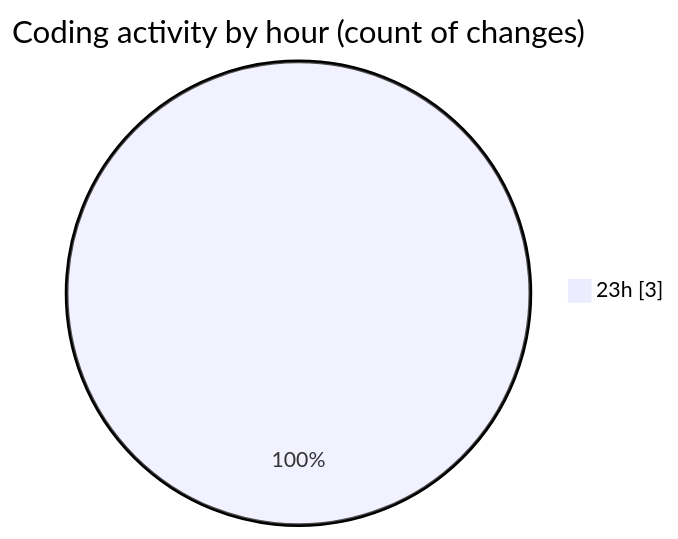
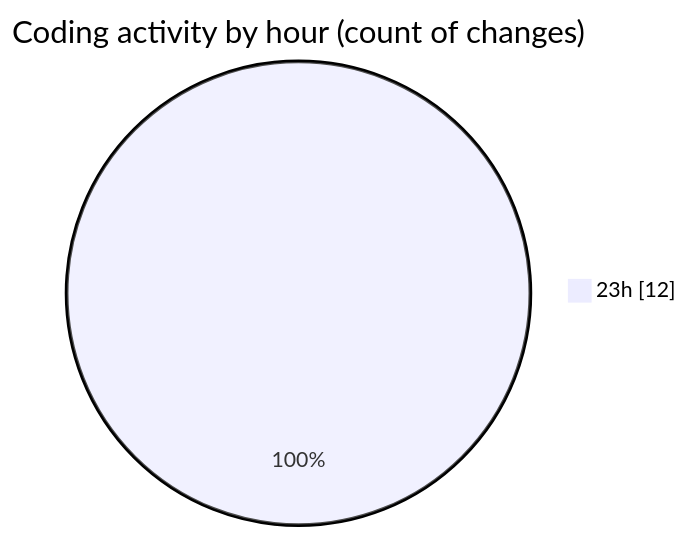
The second of 2 diagrams in 2025-04-26/date/README.md (Netris89/code-tracking), drawn with Mermaid before and after one commit. The commit also changed other lines of this file and 1 other file, not shown here.

````diff
--- a/2025-04-26/date/README.md
+++ b/2025-04-26/date/README.md
@@ -30,5 +30,5 @@
 ```mermaid
 pie showData
 title Coding activity by hour (count of changes)
-"23h" : 3
+"23h" : 12
 ```
````
